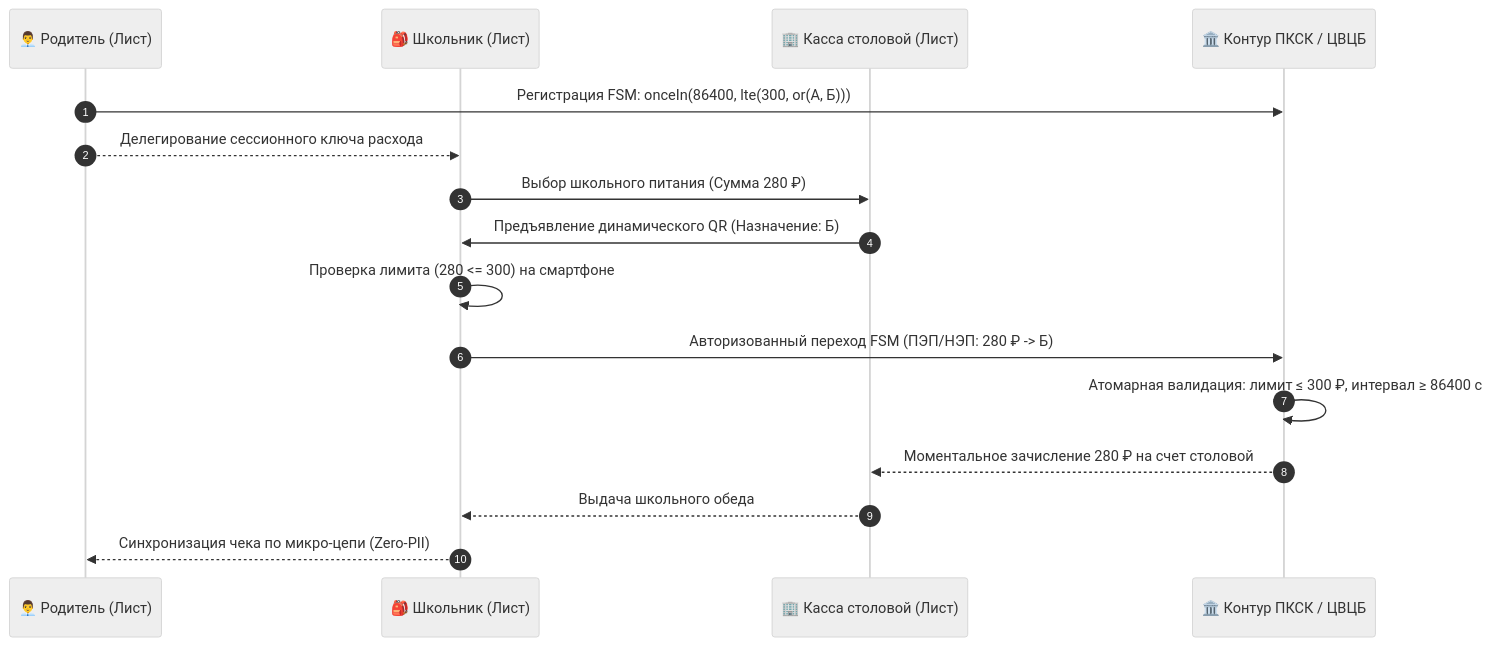
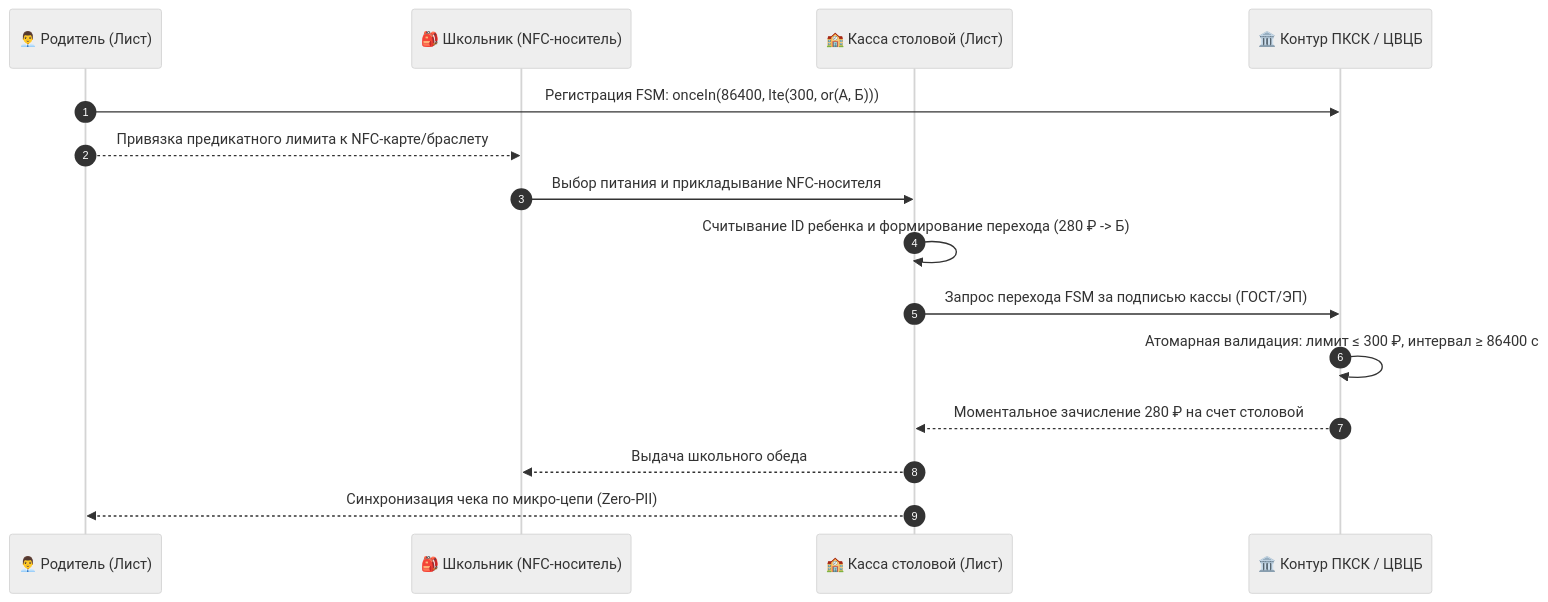
One commit to Data-Independence-Network/presentations changed the third of 7 diagrams in shared_docs/whitepapers/06_cbr_smart_contracts_fsm_whitepaper.md. Above: the diagram before and after it, drawn with Mermaid (neutral theme). The commit also changed other lines of this file and 3 other files, not shown here.

````diff
--- a/shared_docs/whitepapers/06_cbr_smart_contracts_fsm_whitepaper.md
+++ b/shared_docs/whitepapers/06_cbr_smart_contracts_fsm_whitepaper.md
@@ -244,19 +244,18 @@
 ```mermaid
 sequenceDiagram
     autonumber
     participant Parent as 👨‍💼 Родитель (Лист)
-    participant Child as 🎒 Школьник (Лист)
-    participant Canteen as 🏢 Касса столовой (Лист)
+    participant Child as 🎒 Школьник (NFC-носитель)
+    participant Canteen as 🏫 Касса столовой (Лист)
     participant CBR as 🏛️ Контур ПКСК / ЦВЦБ
 
     Parent->>CBR: Регистрация FSM: onceIn(86400, lte(300, or(А, Б)))
-    Parent-->>Child: Делегирование сессионного ключа расхода
-    Child->>Canteen: Выбор школьного питания (Сумма 280 ₽)
-    Canteen->>Child: Предъявление динамического QR (Назначение: Б)
-    Child->>Child: Проверка лимита (280 <= 300) на смартфоне
-    Child->>CBR: Авторизованный переход FSM (ПЭП/НЭП: 280 ₽ -> Б)
+    Parent-->>Child: Привязка предикатного лимита к NFC-карте/браслету
+    Child->>Canteen: Выбор питания и прикладывание NFC-носителя
+    Canteen->>Canteen: Считывание ID ребенка и формирование перехода (280 ₽ -> Б)
+    Canteen->>CBR: Запрос перехода FSM за подписью кассы (ГОСТ/ЭП)
     CBR->>CBR: Атомарная валидация: лимит ≤ 300 ₽, интервал ≥ 86400 с
     CBR-->>Canteen: Моментальное зачисление 280 ₽ на счет столовой
     Canteen-->>Child: Выдача школьного обеда
-    Child-->>Parent: Синхронизация чека по микро-цепи (Zero-PII)
+    Canteen-->>Parent: Синхронизация чека по микро-цепи (Zero-PII)
 ```
````
